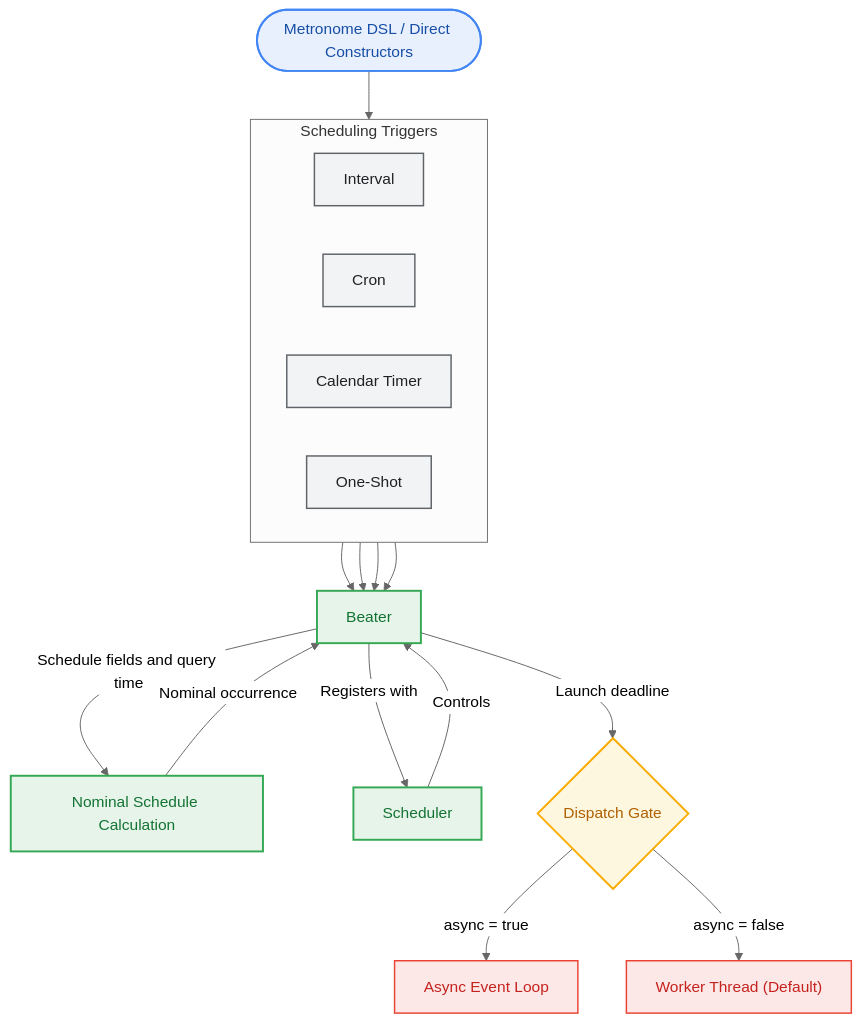
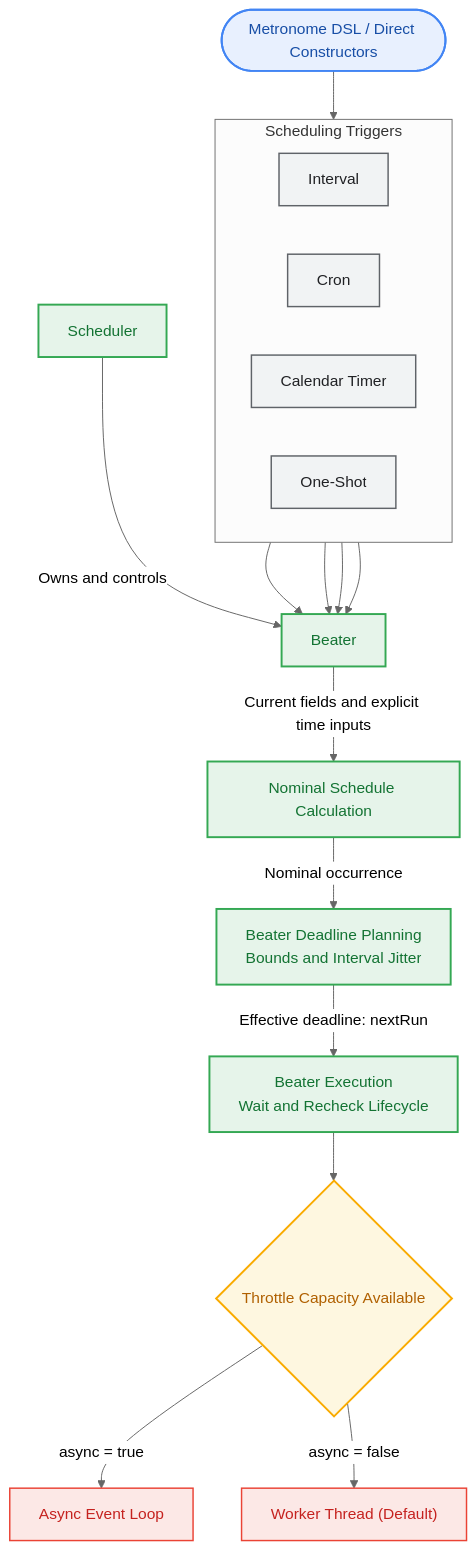
One commit to titanomachy/Metronome changed the diagram in README.md. Above: the diagram before and after it, drawn with Mermaid (neutral theme). The commit also changed other lines of this file and 6 other files, not shown here.

Commit message:
Document schedule calculation and execution boundaries

````diff
--- a/README.md
+++ b/README.md
@@ -38,40 +42,42 @@
 ```mermaid
 flowchart TB
   DSL(["Metronome DSL / Direct Constructors"]):::entry
 
   subgraph INTERFACES["Scheduling Triggers"]
     direction LR
     EVERY["Interval"]:::trigger
     CRON["Cron"]:::trigger
     TIMER["Calendar Timer"]:::trigger
     AT["One-Shot"]:::trigger
   end
 
   BEATER["Beater"]:::core
   CALCULATION["Nominal Schedule Calculation"]:::core
+  PLANNING["Beater Deadline Planning<br/>Bounds and Interval Jitter"]:::core
+  EXECUTION["Beater Execution<br/>Wait and Recheck Lifecycle"]:::core
   SCHEDULER["Scheduler"]:::core
-  GATE{"Dispatch Gate"}:::gate
+  GATE{"Throttle Capacity Available"}:::gate
   ASYNC["Async Event Loop"]:::target
   THREAD["Worker Thread (Default)"]:::target
 
   DSL --> INTERFACES
   EVERY --> BEATER
   CRON --> BEATER
   TIMER --> BEATER
   AT --> BEATER
 
-  BEATER -->|Registers with| SCHEDULER
-  SCHEDULER -->|Controls| BEATER
-  BEATER -->|Schedule fields and query time| CALCULATION
-  CALCULATION -->|Nominal occurrence| BEATER
-  BEATER -->|Launch deadline| GATE
+  SCHEDULER -->|Owns and controls| BEATER
+  BEATER -->|Current fields and explicit time inputs| CALCULATION
+  CALCULATION -->|Nominal occurrence| PLANNING
+  PLANNING -->|Effective deadline: nextRun| EXECUTION
+  EXECUTION --> GATE
   GATE -->|async = true| ASYNC
   GATE -->|async = false| THREAD
 
   %% Styling palette
   classDef entry fill:#e8f0fe,stroke:#4285f4,stroke-width:2px,color:#174ea6;
   classDef trigger fill:#f1f3f4,stroke:#5f6368,stroke-width:1.5px,color:#202124;
   classDef core fill:#e6f4ea,stroke:#34a853,stroke-width:2px,color:#137333;
   classDef gate fill:#fef7e0,stroke:#f9ab00,stroke-width:2px,color:#b06000;
   classDef target fill:#fce8e6,stroke:#ea4335,stroke-width:1.5px,color:#c5221f;
 ```
````
